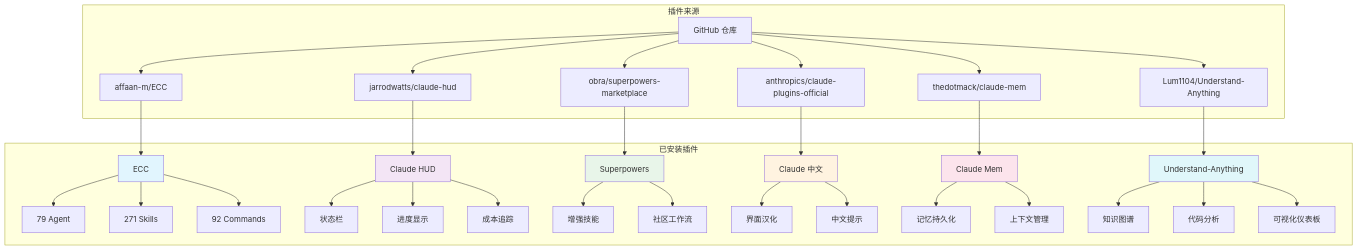
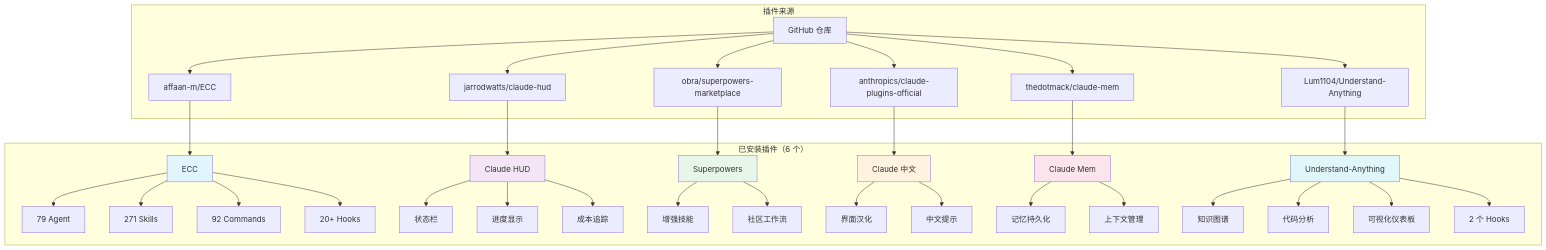
Before and after one commit to shuai-yemao/shuai-yemao-chip: the fifth of 9 diagrams in README.md, drawn with Mermaid. The commit also changed other lines of this file and 1 other file, not shown here.

Commit message:
docs: 更新配置和 README - 启用 Understand-Anything 插件 + 更新 Hooks 系统

````diff
--- a/README.md
+++ b/README.md
@@ -163,49 +187,51 @@
 ```mermaid
 graph TB
-    subgraph "已安装插件"
+    subgraph "已安装插件（6 个）"
         A[ECC] --> A1[79 Agent]
         A --> A2[271 Skills]
         A --> A3[92 Commands]
+        A --> A4[20+ Hooks]
 
         B[Claude HUD] --> B1[状态栏]
         B --> B2[进度显示]
         B --> B3[成本追踪]
 
         C[Superpowers] --> C1[增强技能]
         C --> C2[社区工作流]
 
         D[Claude 中文] --> D1[界面汉化]
         D --> D2[中文提示]
 
         E[Claude Mem] --> E1[记忆持久化]
         E --> E2[上下文管理]
 
         F[Understand-Anything] --> F1[知识图谱]
         F --> F2[代码分析]
         F --> F3[可视化仪表板]
+        F --> F4[2 个 Hooks]
     end
 
     subgraph "插件来源"
         G[GitHub 仓库]
         G --> H[affaan-m/ECC]
         G --> I[jarrodwatts/claude-hud]
         G --> J[obra/superpowers-marketplace]
         G --> K[anthropics/claude-plugins-official]
         G --> L[thedotmack/claude-mem]
         G --> M[Lum1104/Understand-Anything]
     end
 
     H --> A
     I --> B
     J --> C
     K --> D
     L --> E
     M --> F
 
     style A fill:#e1f5fe
     style B fill:#f3e5f5
     style C fill:#e8f5e9
     style D fill:#fff3e0
     style E fill:#fce4ec
     style F fill:#e0f7fa
 ```
````
